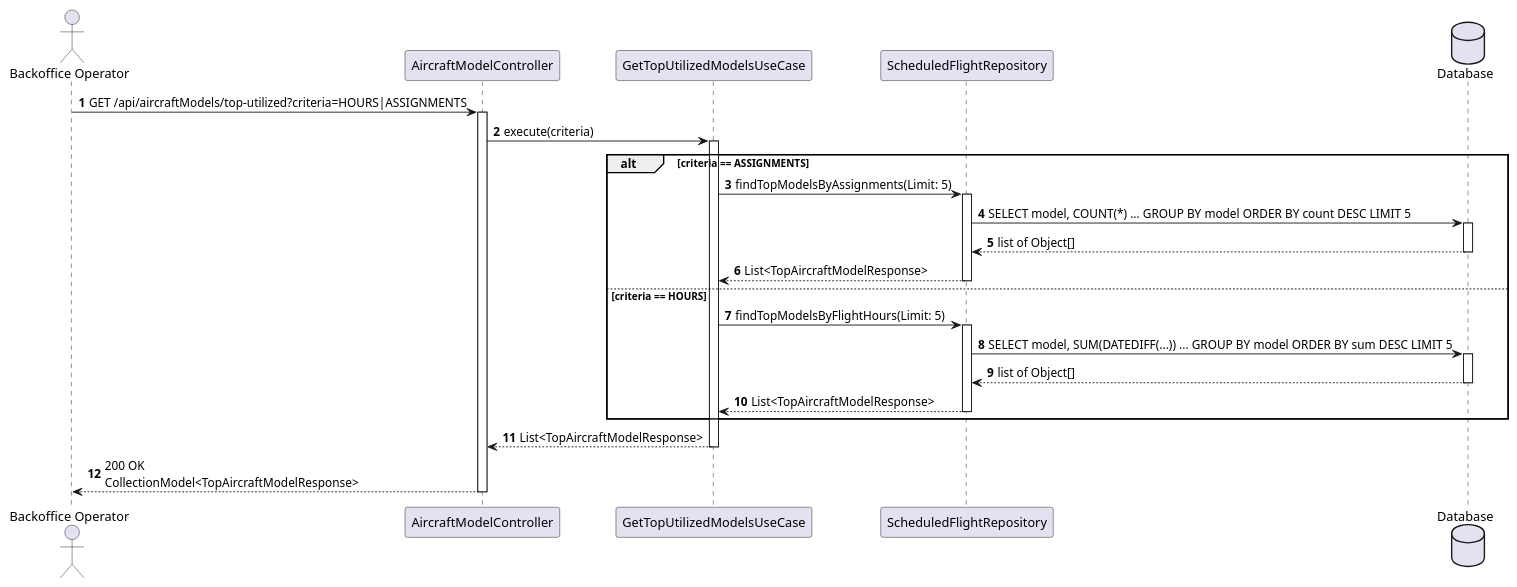
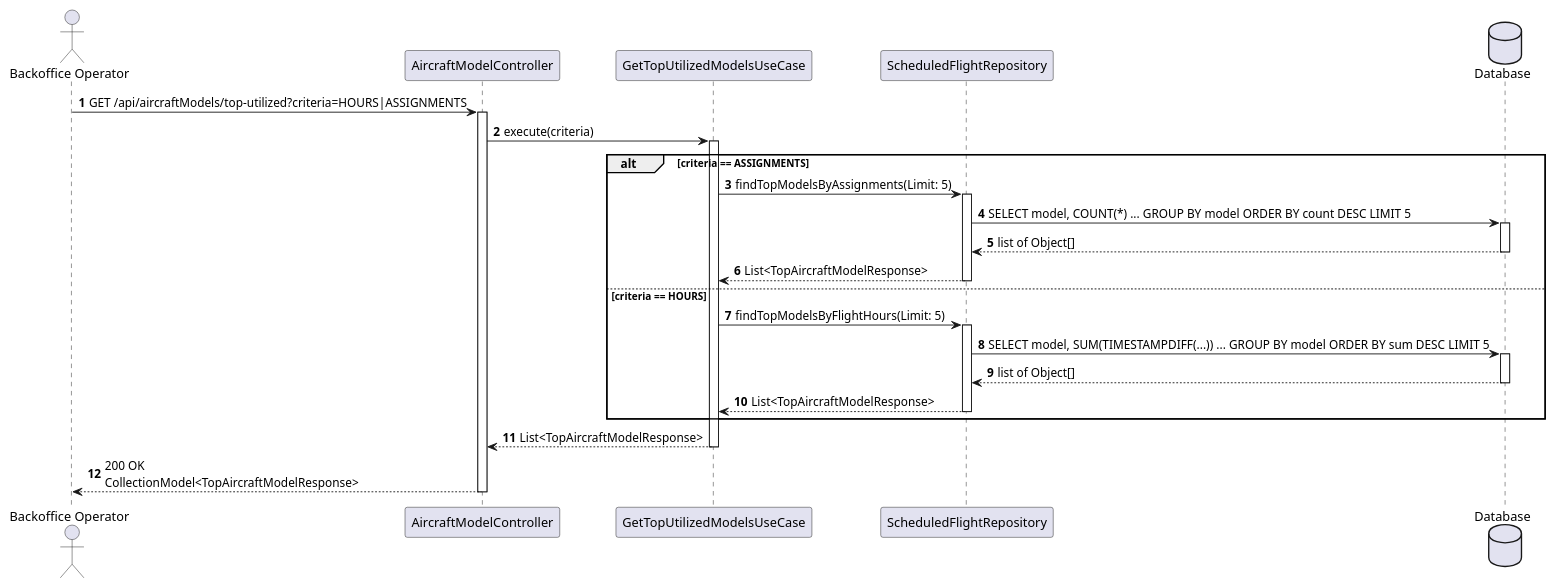
The diagram in docs/system-documentation/use-cases/WP1B/US204/puml/sd_us204.puml (VascoMagolo/psoft_1231562_1241692_1242036_2db), drawn with PlantUML before and after one commit. The commit also changed 3 other files, not shown here.

Commit message:
1 refactor(flights): replace native DATEDIFF with agnostic JPQL TIMESTAMPDIFF

```diff
--- a/docs/system-documentation/use-cases/WP1B/US204/puml/sd_us204.puml
+++ b/docs/system-documentation/use-cases/WP1B/US204/puml/sd_us204.puml
@@ -1,39 +1,39 @@
 @startuml
 autonumber
 actor "Backoffice Operator" as BO
 participant "AircraftModelController" as Ctrl
 participant "GetTopUtilizedModelsUseCase" as UC
 participant "ScheduledFlightRepository" as FlightRepo
 database "Database" as DB
 
 BO -> Ctrl : GET /api/aircraftModels/top-utilized?criteria=HOURS|ASSIGNMENTS
 activate Ctrl
 
 Ctrl -> UC : execute(criteria)
 activate UC
 
 alt criteria == ASSIGNMENTS
     UC -> FlightRepo : findTopModelsByAssignments(Limit: 5)
     activate FlightRepo
     FlightRepo -> DB : SELECT model, COUNT(*) ... GROUP BY model ORDER BY count DESC LIMIT 5
     activate DB
     DB --> FlightRepo : list of Object[]
     deactivate DB
     FlightRepo --> UC : List<TopAircraftModelResponse>
     deactivate FlightRepo
 else criteria == HOURS
     UC -> FlightRepo : findTopModelsByFlightHours(Limit: 5)
     activate FlightRepo
-    FlightRepo -> DB : SELECT model, SUM(DATEDIFF(...)) ... GROUP BY model ORDER BY sum DESC LIMIT 5
+    FlightRepo -> DB : SELECT model, SUM(TIMESTAMPDIFF(...)) ... GROUP BY model ORDER BY sum DESC LIMIT 5
     activate DB
     DB --> FlightRepo : list of Object[]
     deactivate DB
     FlightRepo --> UC : List<TopAircraftModelResponse>
     deactivate FlightRepo
 end
 
 UC --> Ctrl : List<TopAircraftModelResponse>
 deactivate UC
 Ctrl --> BO : 200 OK\nCollectionModel<TopAircraftModelResponse>
 deactivate Ctrl
 @enduml
```
